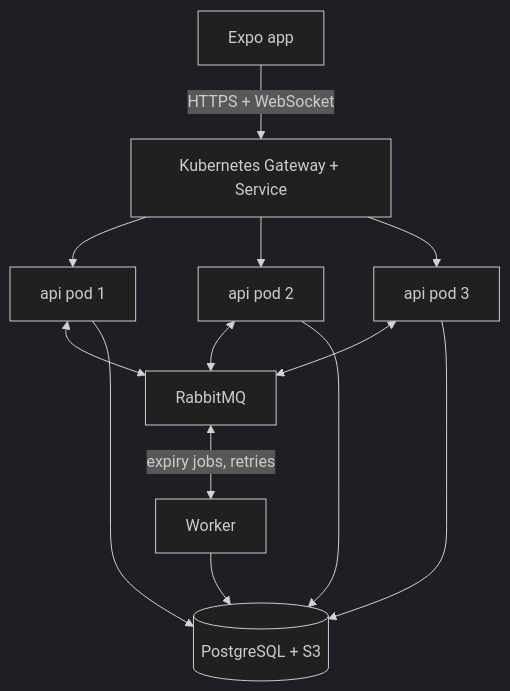
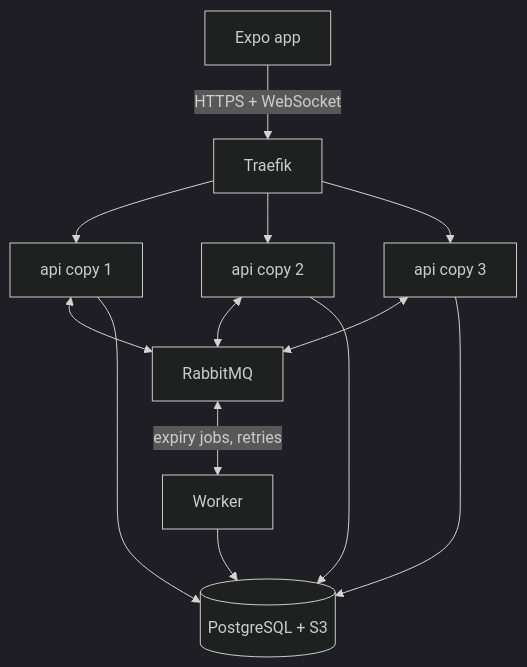
One commit to devinder-dev/snap changed the second of 4 diagrams in README.md. Above: the diagram before and after it, drawn with Mermaid (dark theme). The commit also changed other lines of this file, not shown here.

Commit message:
docs: README for plan version 4, docker compose and Traefik

````diff
--- a/README.md
+++ b/README.md
@@ -42,15 +43,15 @@
 ```mermaid
 flowchart TB
-    app["Expo app"] -->|"HTTPS + WebSocket"| lb["Kubernetes Gateway + Service"]
-    lb --> api1["api pod 1"]
-    lb --> api2["api pod 2"]
-    lb --> api3["api pod 3"]
+    app["Expo app"] -->|"HTTPS + WebSocket"| lb["Traefik"]
+    lb --> api1["api copy 1"]
+    lb --> api2["api copy 2"]
+    lb --> api3["api copy 3"]
     api1 <--> mq["RabbitMQ"]
     api2 <--> mq
     api3 <--> mq
     mq <-->|"expiry jobs, retries"| worker["Worker"]
     worker --> data[("PostgreSQL + S3")]
     api1 --> data
     api2 --> data
     api3 --> data
 ```
````
